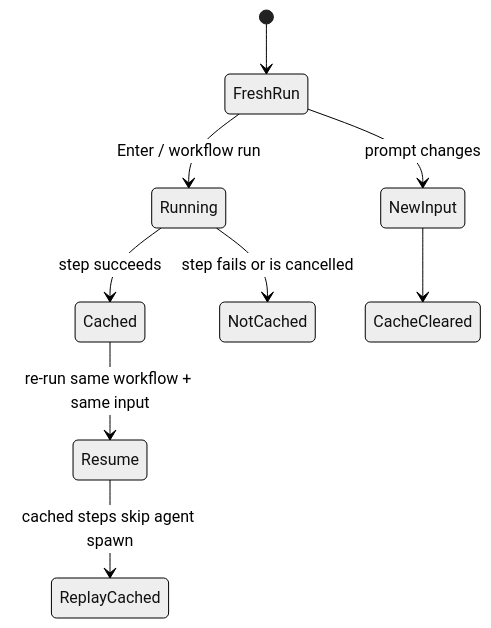
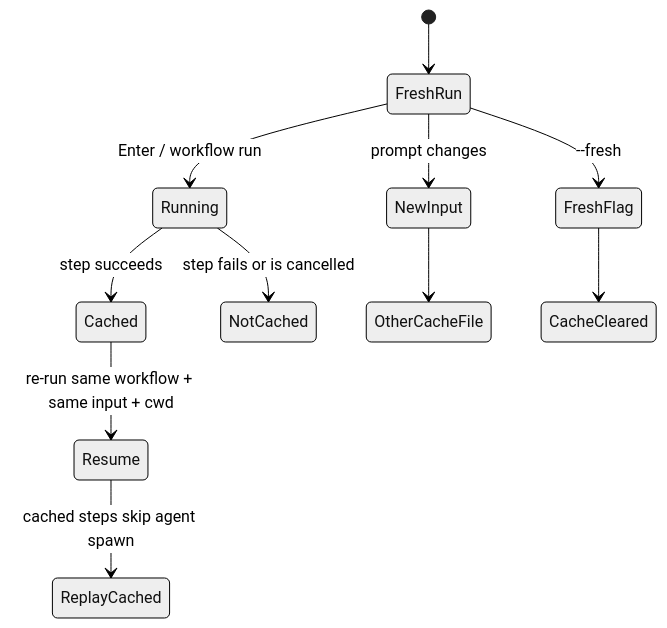
Before and after one commit to nilsonsfj/steamtrain: the ninth of 10 diagrams in docs/workflow-overview.md, drawn with Mermaid (neutral theme). The commit also changed other lines of this file and 8 other files, not shown here.

First line of the commit message:
Add persistent workflow step cache with resume and --fresh

````diff
--- a/docs/workflow-overview.md
+++ b/docs/workflow-overview.md
@@ -525,11 +528,13 @@
 ```mermaid
 stateDiagram-v2
   [*] --> FreshRun
   FreshRun --> Running: Enter / workflow run
   Running --> Cached: step succeeds
   Running --> NotCached: step fails or is cancelled
-  Cached --> Resume: re-run same workflow + same input
+  Cached --> Resume: re-run same workflow + same input + cwd
   Resume --> ReplayCached: cached steps skip agent spawn
   FreshRun --> NewInput: prompt changes
-  NewInput --> CacheCleared
+  NewInput --> OtherCacheFile
+  FreshRun --> FreshFlag: --fresh
+  FreshFlag --> CacheCleared
 ```
````
